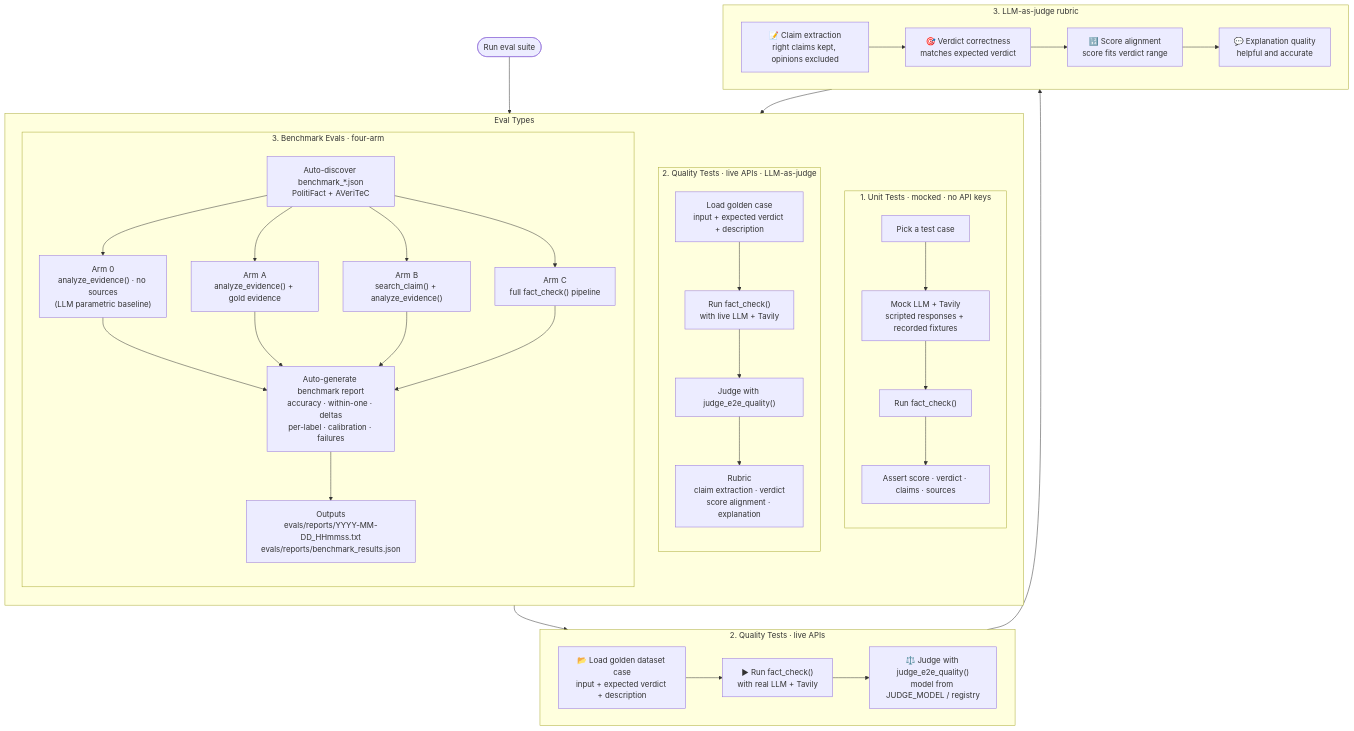
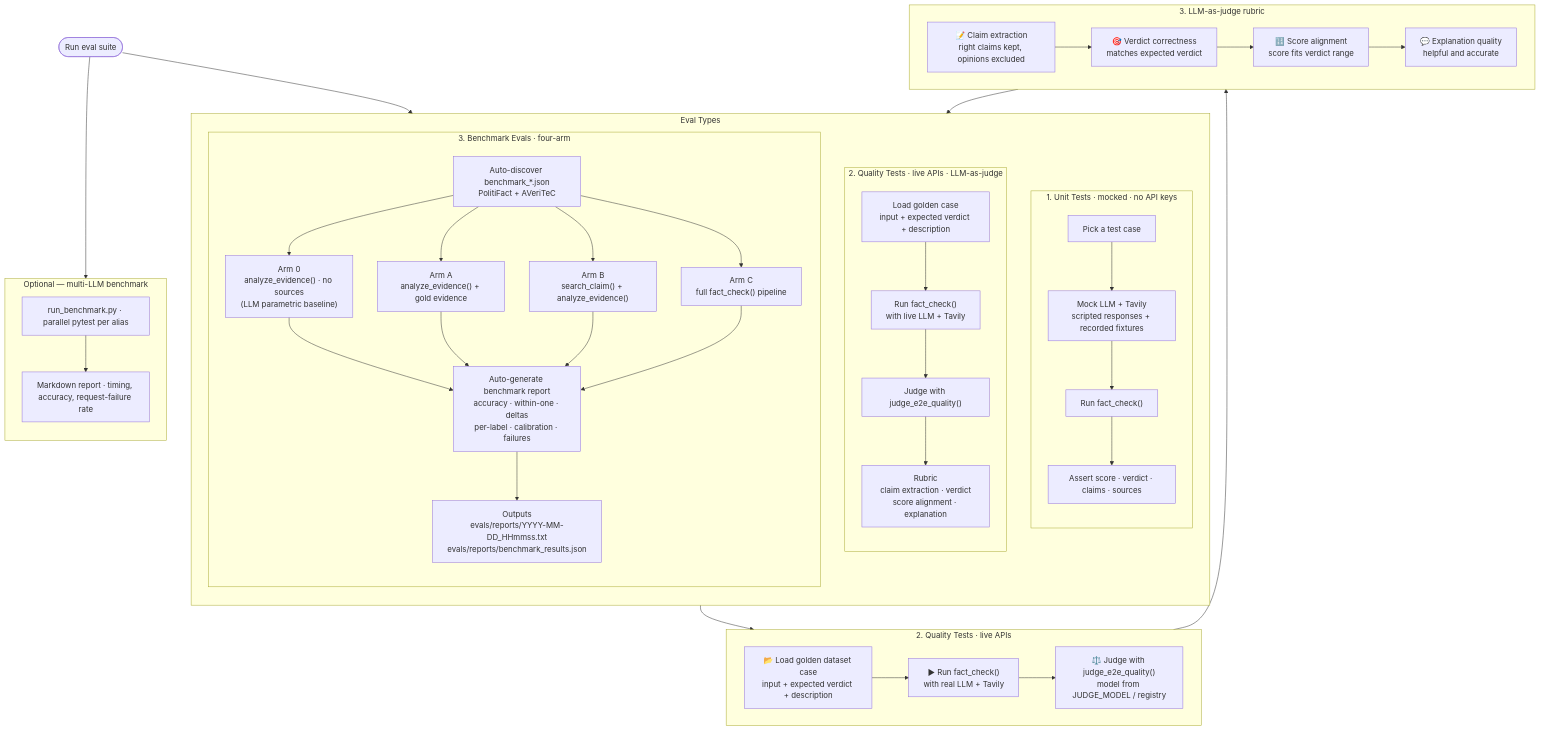
The second of 2 diagrams in README.md (adilliadil/Factify), drawn with Mermaid before and after one commit. The commit also changed other lines of this file and 44 other files, not shown here.

````diff
--- a/README.md
+++ b/README.md
@@ -159,67 +169,75 @@
 ```mermaid
 flowchart TB
     A([Run eval suite]) --> E
+    A --> Mopt
+
+    subgraph Mopt["Optional — multi-LLM benchmark"]
+        direction TB
+        M1["run_benchmark.py · parallel pytest per alias"]
+        M2["Markdown report · timing, accuracy, request-failure rate"]
+        M1 --> M2
+    end
 
     subgraph E["Eval Types"]
         direction TB
 
         subgraph U["1. Unit Tests · mocked · no API keys"]
             direction TB
             U1["Pick a test case"]
             U2["Mock LLM + Tavily<br/>scripted responses + recorded fixtures"]
             U3["Run fact_check()"]
             U4["Assert score · verdict · claims · sources"]
             U1 --> U2 --> U3 --> U4
         end
 
         subgraph Q["2. Quality Tests · live APIs · LLM-as-judge"]
             direction TB
             Q1["Load golden case<br/>input + expected verdict + description"]
             Q2["Run fact_check()<br/>with live LLM + Tavily"]
             Q3["Judge with judge_e2e_quality()"]
             Q4["Rubric<br/>claim extraction · verdict<br/>score alignment · explanation"]
             Q1 --> Q2 --> Q3 --> Q4
         end
 
         subgraph B["3. Benchmark Evals · four-arm"]
             direction TB
             B0["Auto-discover benchmark_*.json<br/>PolitiFact + AVeriTeC"]
             Bb["Arm 0<br/>analyze_evidence() · no sources<br/>(LLM parametric baseline)"]
             B1["Arm A<br/>analyze_evidence() + gold evidence"]
             B2["Arm B<br/>search_claim() + analyze_evidence()"]
             B3["Arm C<br/>full fact_check() pipeline"]
             B4["Auto-generate benchmark report<br/>accuracy · within-one · deltas<br/>per-label · calibration · failures"]
             B5["Outputs<br/>evals/reports/YYYY-MM-DD_HHmmss.txt<br/>evals/reports/benchmark_results.json"]
             B0 --> Bb
             B0 --> B1
             B0 --> B2
             B0 --> B3
             Bb --> B4
             B1 --> B4
             B2 --> B4
             B3 --> B4
             B4 --> B5
         end
     end
 
     B --> C
 
     subgraph C["2. Quality Tests  ·  live APIs"]
         C1["📂 Load golden dataset case<br/>input + expected verdict + description"]
         C2["▶ Run fact_check()<br/>with real LLM + Tavily"]
         C3["⚖️ Judge with judge_e2e_quality()<br/>model from JUDGE_MODEL / registry"]
         C1 --> C2 --> C3
     end
 
     C --> D
 
     subgraph D["3. LLM-as-judge rubric"]
         D1["📝 Claim extraction<br/>right claims kept, opinions excluded"]
         D2["🎯 Verdict correctness<br/>matches expected verdict"]
         D3["🔢 Score alignment<br/>score fits verdict range"]
         D4["💬 Explanation quality<br/>helpful and accurate"]
         D1 --> D2 --> D3 --> D4
     end
 
     D --> E{Pass?}
 ```
````
